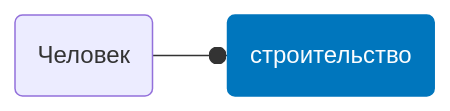
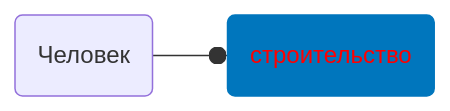
Before and after one commit to Kostrov2003/FirstSite: the diagram in test.md, drawn with Mermaid.

````diff
--- a/test.md
+++ b/test.md
@@ -1,7 +1,7 @@
 ```mermaid 
 graph LR
-classDef class1 fill:#0076bd,stroke:#0076bd,color:#fbfdfe
+classDef class1 fill:#0076bd,stroke:#0076bd,color:#FF0000
 
 A(Человек <br>) --o B(строительство <br>):::class1
 click B "https://habr.com/ru/company/rostelecom/blog/570098/"
 ```
````
